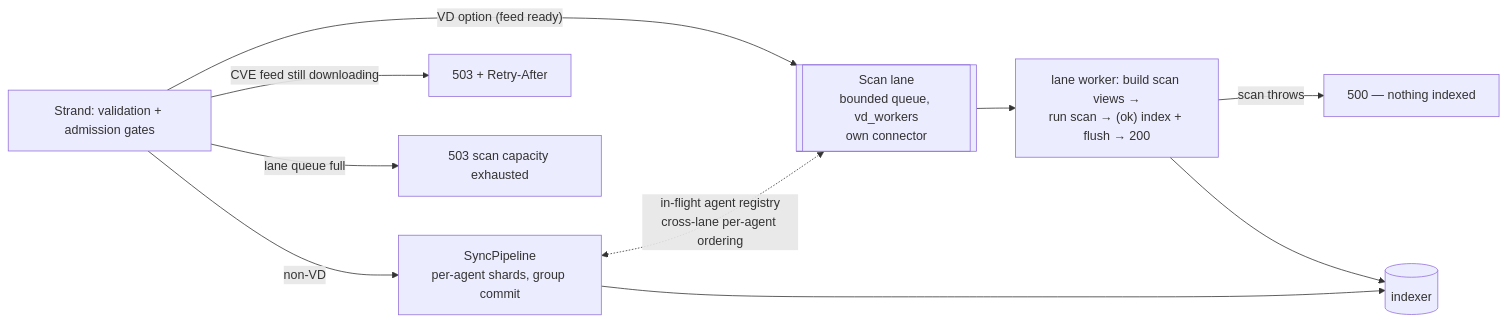
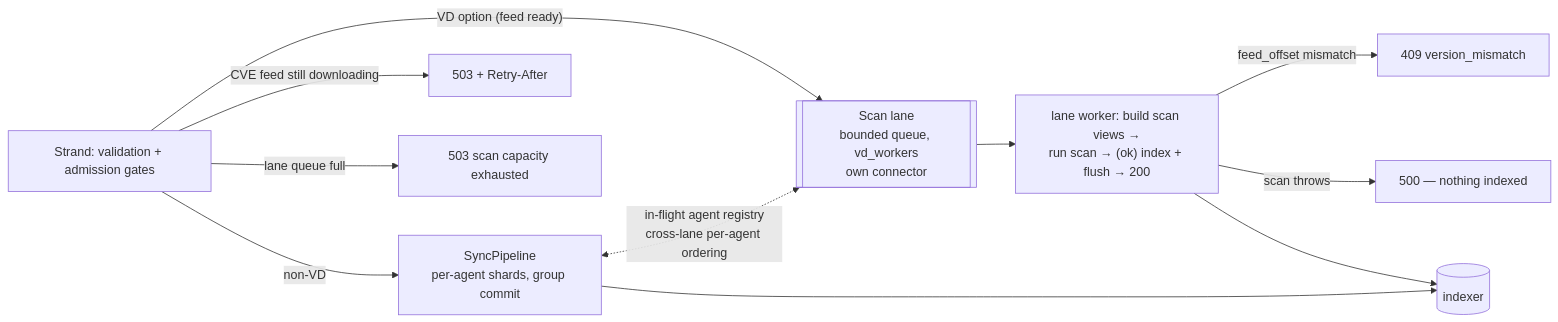
The fourth of 4 diagrams in docs/ref/modules/inventory-sync-server/architecture.md (wazuh/wazuh), drawn with Mermaid before and after one commit. The commit also changed other lines of this file and 244 other files, not shown here.

````diff
--- a/docs/ref/modules/inventory-sync-server/architecture.md
+++ b/docs/ref/modules/inventory-sync-server/architecture.md
@@ -184,12 +184,13 @@
 ```mermaid
 flowchart LR
     S[Strand: validation + admission gates] -->|non-VD| P[SyncPipeline\nper-agent shards, group commit]
     S -->|"VD option (feed ready)"| L[[Scan lane\nbounded queue, vd_workers\nown connector]]
     S -->|CVE feed still downloading| RA[503 + Retry-After]
     S -->|lane queue full| E503[503 scan capacity exhausted]
     L --> W["lane worker: build scan views →\nrun scan → (ok) index + flush → 200"]
+    W -->|feed_offset mismatch| C409[409 version_mismatch]
     W -->|scan throws| E500[500 — nothing indexed]
     P <-.->|in-flight agent registry\ncross-lane per-agent ordering| L
     W --> IDX[(indexer)]
     P --> IDX
 ```
````
